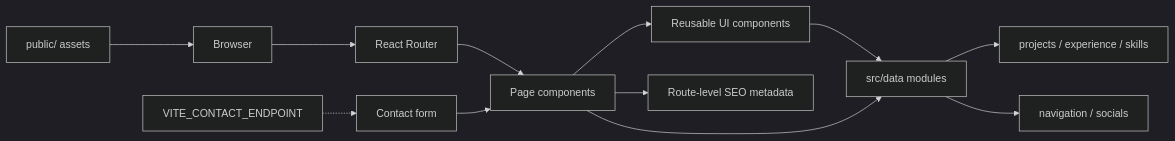
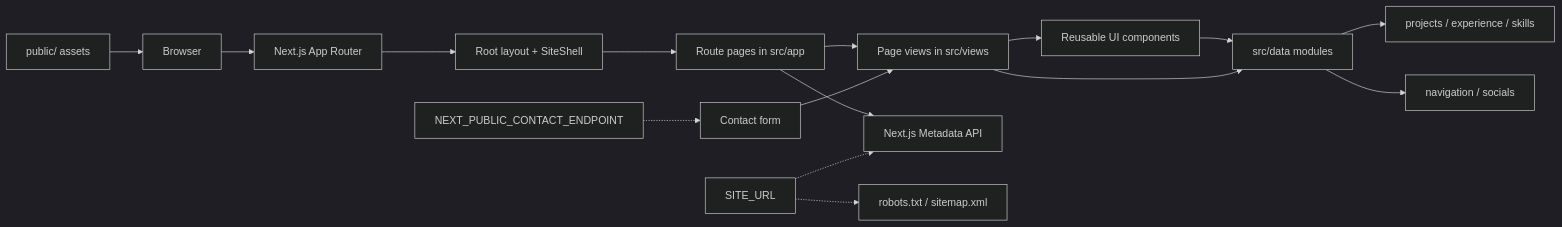
Before and after one commit to tangdarren/portfolio: the diagram in README.md, drawn with Mermaid (dark theme). The commit also changed other lines of this file and 15 other files, not shown here.

````diff
--- a/README.md
+++ b/README.md
@@ -39,14 +39,18 @@
 ```mermaid
 flowchart LR
-  Browser --> Router[React Router]
-  Router --> Pages[Page components]
-  Pages --> UI[Reusable UI components]
-  Pages --> SEO[Route-level SEO metadata]
+  Browser --> AppRouter[Next.js App Router]
+  AppRouter --> Layout[Root layout + SiteShell]
+  Layout --> Pages[Route pages in src/app]
+  Pages --> Views[Page views in src/views]
+  Views --> UI[Reusable UI components]
+  Pages --> Metadata[Next.js Metadata API]
   UI --> Data[src/data modules]
-  Pages --> Data
+  Views --> Data
   Data --> Projects[projects / experience / skills]
   Data --> NavSocial[navigation / socials]
   Public[public/ assets] --> Browser
-  Env[VITE_CONTACT_ENDPOINT] -.-> Contact[Contact form]
-  Contact --> Pages
+  Env[NEXT_PUBLIC_CONTACT_ENDPOINT] -.-> Contact[Contact form]
+  Contact --> Views
+  SiteUrl[SITE_URL] -.-> Metadata
+  SiteUrl -.-> SEOFiles[robots.txt / sitemap.xml]
 ```
````
